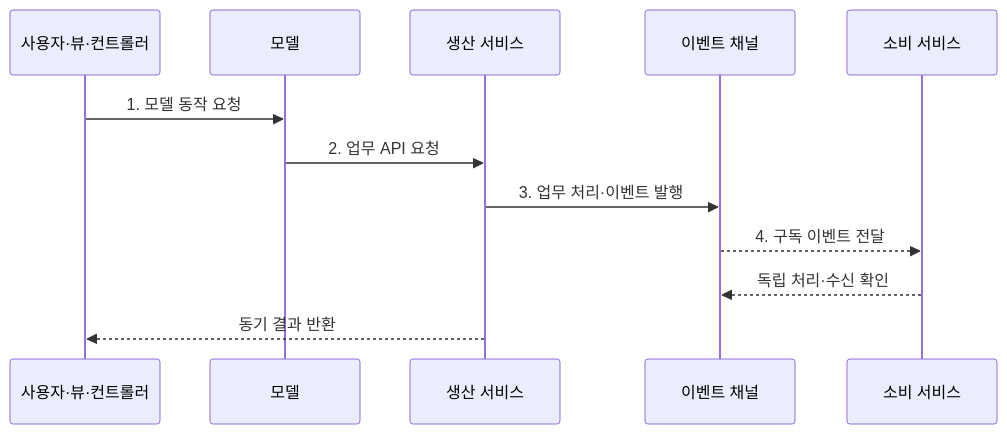
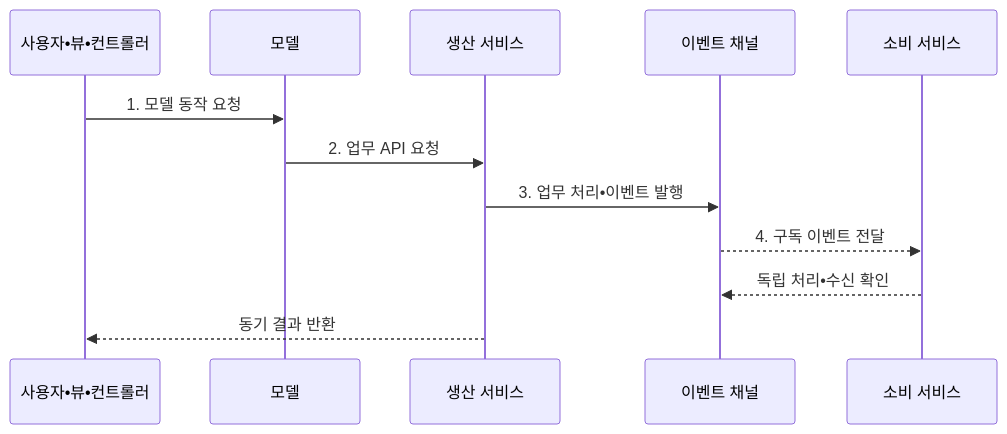
One commit to agnusdei1207/knowledge-base changed the second of 2 diagrams in src/content/docs/notes/03-software/038_architecture_patterns.md. Above: the diagram before and after it, drawn with Mermaid. The commit also changed other lines of this file and 953 other files, not shown here.

````diff
--- a/src/content/docs/notes/03-software/038_architecture_patterns.md
+++ b/src/content/docs/notes/03-software/038_architecture_patterns.md
@@ -99,14 +99,14 @@
 ```mermaid
 sequenceDiagram
-    participant U as 사용자·뷰·컨트롤러
+    participant U as 사용자•뷰•컨트롤러
     participant M as 모델
     participant P as 생산 서비스
     participant E as 이벤트 채널
     participant Q as 소비 서비스
     U->>M: 1. 모델 동작 요청
     M->>P: 2. 업무 API 요청
-    P->>E: 3. 업무 처리·이벤트 발행
+    P->>E: 3. 업무 처리•이벤트 발행
     E-->>Q: 4. 구독 이벤트 전달
-    Q-->>E: 독립 처리·수신 확인
+    Q-->>E: 독립 처리•수신 확인
     P-->>U: 동기 결과 반환
 ```
````
